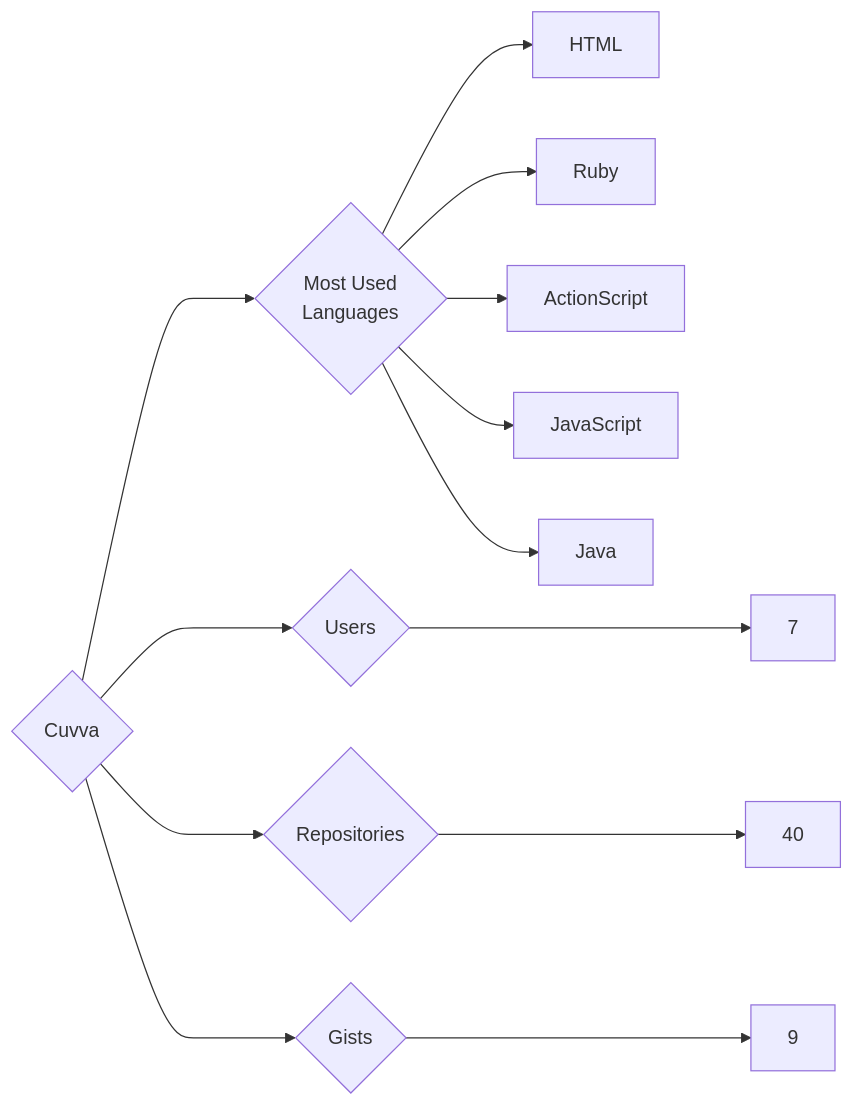
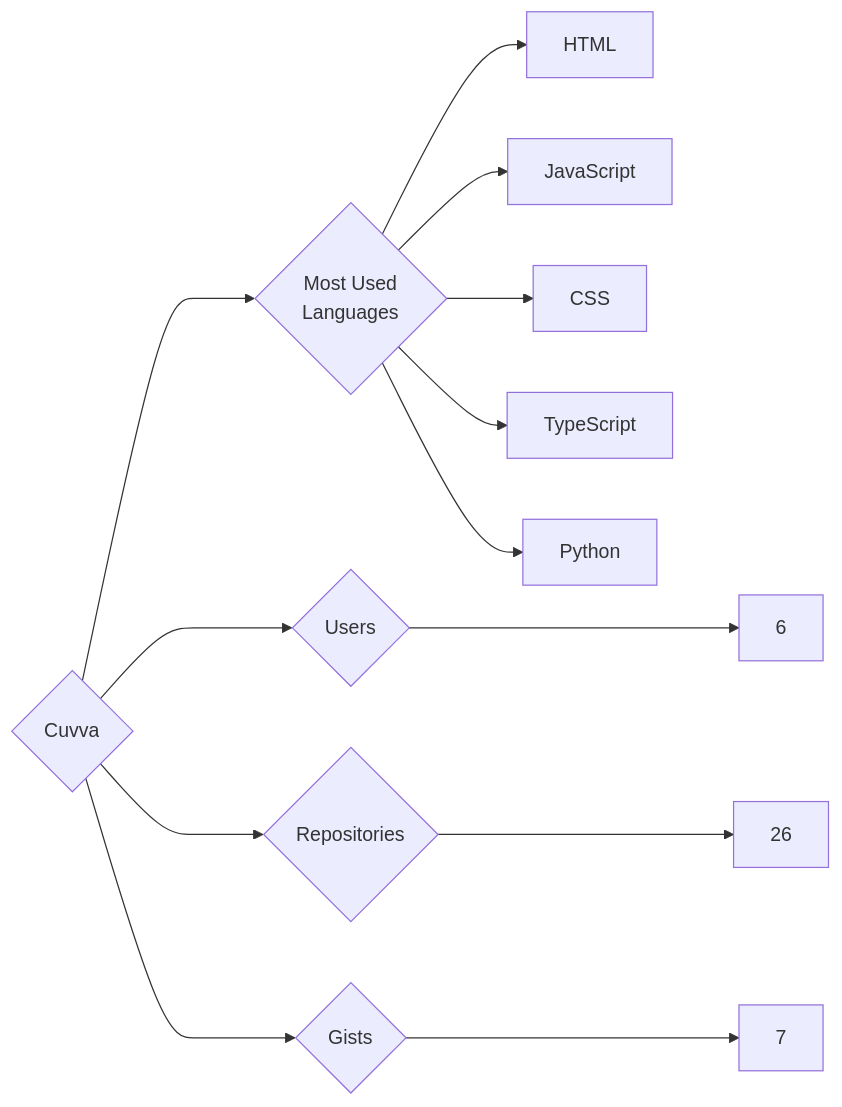
Before and after one commit to trickest/insiders: the diagram in targets/Cuvva/README.md, drawn with Mermaid. The commit also changed 611 other files, not shown here.

````diff
--- a/targets/Cuvva/README.md
+++ b/targets/Cuvva/README.md
@@ -3,13 +3,13 @@
 ```mermaid
 graph LR
 COMPANY_NAME{Cuvva}
-COMPANY_NAME ---> U{Users} ---> UN[7]
-COMPANY_NAME ---> R{Repositories} ---> RN[40]
-COMPANY_NAME ---> G{Gists} ---> GN[9]
+COMPANY_NAME ---> U{Users} ---> UN[6]
+COMPANY_NAME ---> R{Repositories} ---> RN[26]
+COMPANY_NAME ---> G{Gists} ---> GN[7]
 COMPANY_NAME ---> ML{Most Used<br>Languages}
 ML --> HTML[HTML]
-ML --> Ruby[Ruby]
-ML --> ActionScript[ActionScript]
 ML --> JavaScript[JavaScript]
-ML --> Java[Java]
+ML --> CSS[CSS]
+ML --> TypeScript[TypeScript]
+ML --> Python[Python]
 ```
````
